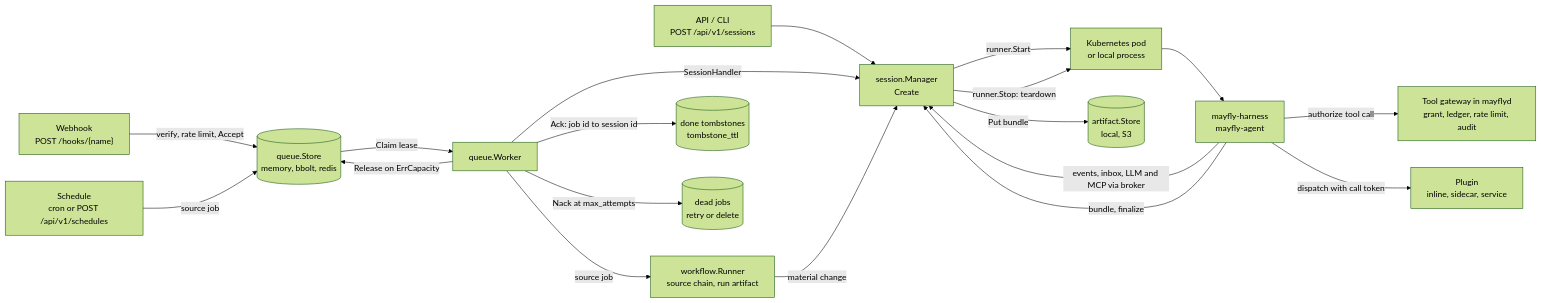
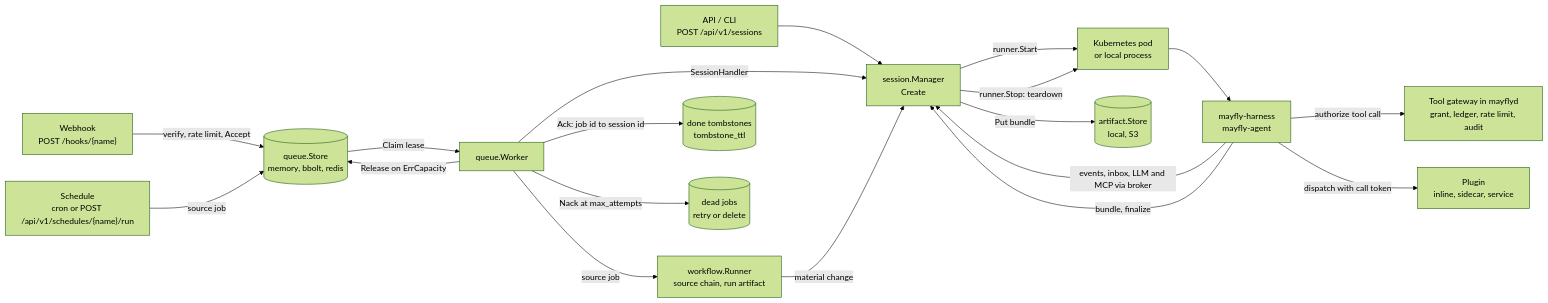
One commit to hayfever/mayfly changed the diagram in README.md. Above: the diagram before and after it, drawn with Mermaid (forest theme). The commit also changed other lines of this file and 3 other files, not shown here.

````diff
--- a/README.md
+++ b/README.md
@@ -37,21 +42,21 @@
 ```mermaid
 flowchart LR
   Hook["Webhook<br/>POST /hooks/{name}"] -->|"verify, rate limit, Accept"| Q[("queue.Store<br/>memory, bbolt, redis")]
   API["API / CLI<br/>POST /api/v1/sessions"] --> M
-  Cron["Schedule<br/>cron or POST /api/v1/schedules"] -->|"source job"| Q
+  Cron["Schedule<br/>cron or POST /api/v1/schedules/{name}/run"] -->|"source job"| Q
   Q -->|"Claim lease"| W["queue.Worker"]
   W -->|"SessionHandler"| M["session.Manager<br/>Create"]
   W -->|"source job"| WF["workflow.Runner<br/>source chain, run artifact"]
   WF -->|"material change"| M
   W -->|"Release on ErrCapacity"| Q
   W -->|"Ack: job id to session id"| Done[("done tombstones<br/>tombstone_ttl")]
   W -->|"Nack at max_attempts"| Dead[("dead jobs<br/>retry or delete")]
   M -->|"runner.Start"| R["Kubernetes pod<br/>or local process"]
   R --> A["mayfly-harness<br/>mayfly-agent"]
   A -->|"events, inbox, LLM and MCP via broker"| M
   A -->|"authorize tool call"| G["Tool gateway in mayflyd<br/>grant, ledger, rate limit, audit"]
   A -->|"dispatch with call token"| P["Plugin<br/>inline, sidecar, service"]
   A -->|"bundle, finalize"| M
   M -->|"Put bundle"| S[("artifact.Store<br/>local, S3")]
   M -->|"runner.Stop: teardown"| R
 ```
````
